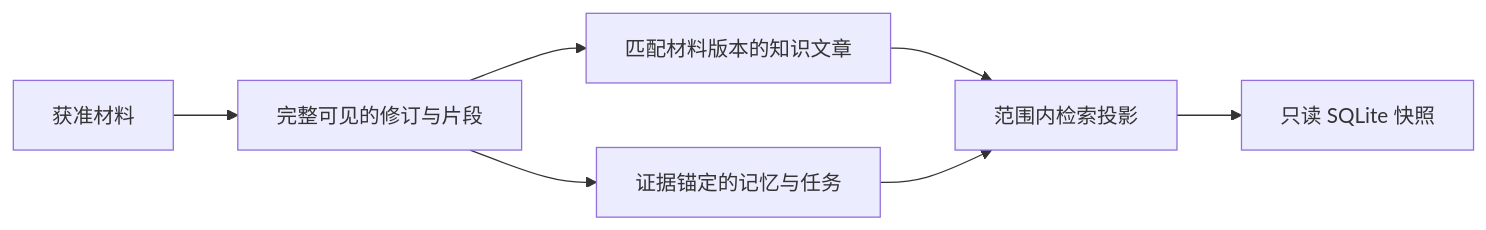
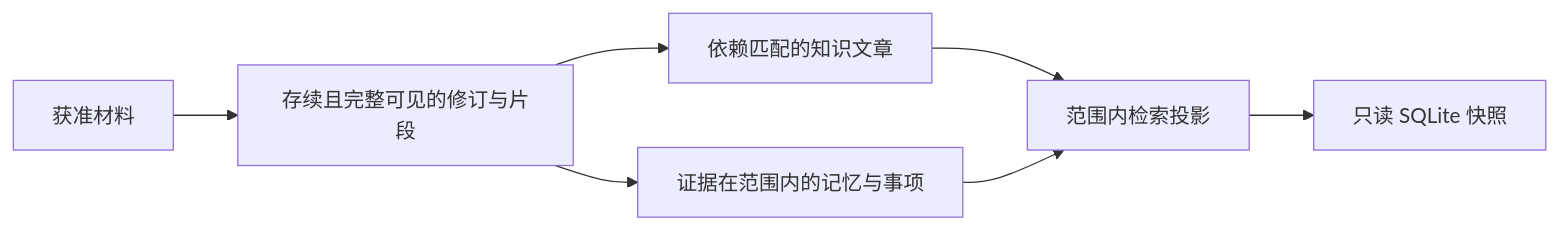
One commit to lejunyang/omem changed the diagram in .repo-review/knowledge/articles/eb81a704dbc371106c53f905b9eab0e954e6c553a5c3541cd6020261f7d3268d.md. Above: the diagram before and after it, drawn with Mermaid. The commit also changed other lines of this file and 23 other files, not shown here.

````diff
--- a/.repo-review/knowledge/articles/eb81a704dbc371106c53f905b9eab0e954e6c553a5c3541cd6020261f7d3268d.md
+++ b/.repo-review/knowledge/articles/eb81a704dbc371106c53f905b9eab0e954e6c553a5c3541cd6020261f7d3268d.md
@@ -19,9 +21,9 @@
 ```mermaid
 flowchart LR
-  A[获准材料] --> B[完整可见的修订与片段]
-  B --> C[匹配材料版本的知识文章]
-  B --> D[证据锚定的记忆与任务]
+  A[获准材料] --> B[存续且完整可见的修订与片段]
+  B --> C[依赖匹配的知识文章]
+  B --> D[证据在范围内的记忆与事项]
   C --> E[范围内检索投影]
   D --> E
   E --> F[只读 SQLite 快照]
 ```
````
